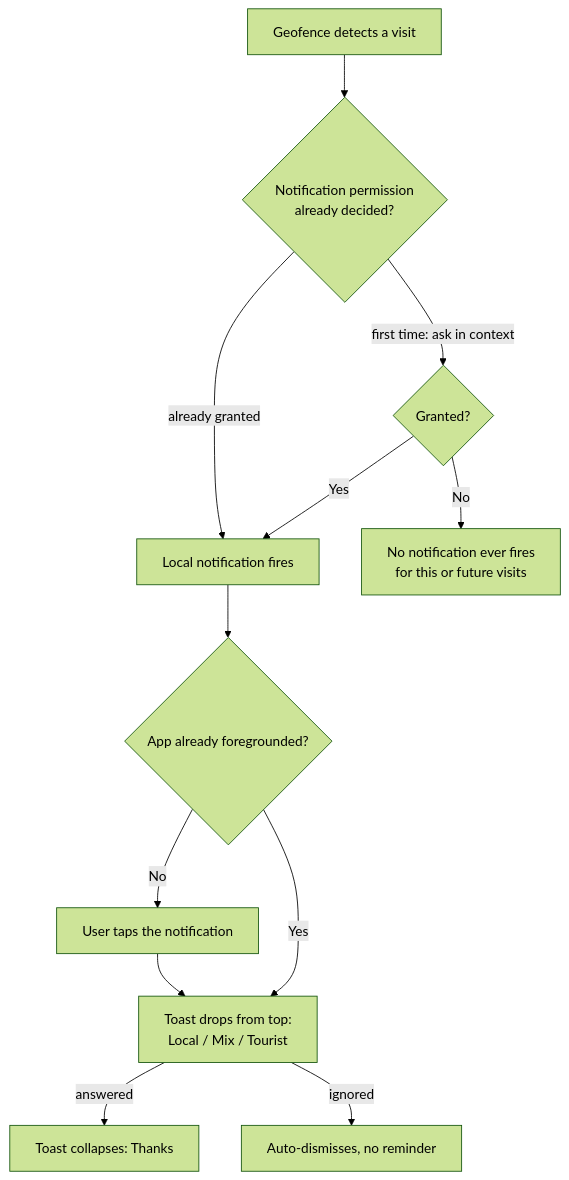
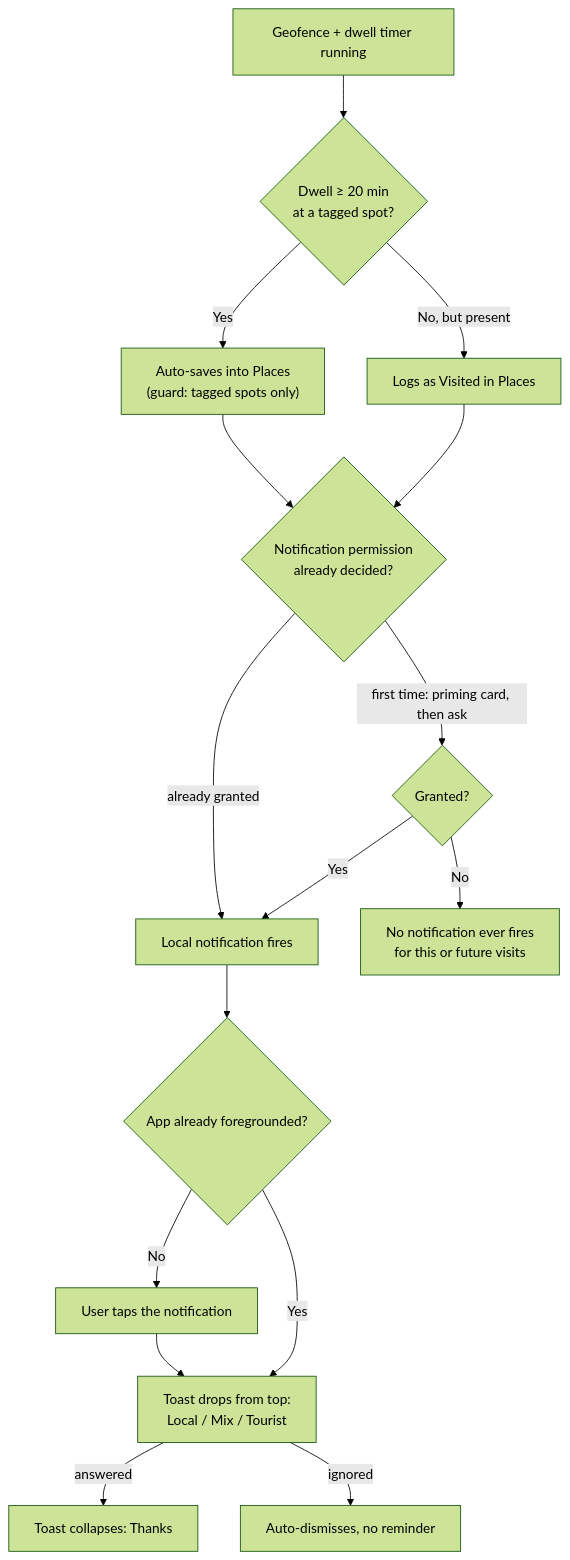
Before and after one commit to AviranGrisaro/passenger-brain: the second of 4 diagrams in design/ux-flows.md, drawn with Mermaid (forest theme). The commit also changed other lines of this file and 3 other files, not shown here.

````diff
--- a/design/ux-flows.md
+++ b/design/ux-flows.md
@@ -247,13 +264,17 @@
 ```mermaid
 flowchart TD
-    V[Geofence detects a visit] --> W{Notification permission<br/>already decided?}
-    W -->|first time: ask in context| X{Granted?}
+    V[Geofence + dwell timer running] --> DW{Dwell ≥ 20 min<br/>at a tagged spot?}
+    DW -->|Yes| AS["Auto-saves into Places<br/>(guard: tagged spots only)"]
+    DW -->|No, but present| VIS[Logs as Visited in Places]
+    AS --> W{Notification permission<br/>already decided?}
+    VIS --> W
+    W -->|first time: priming card, then ask| X{Granted?}
     W -->|already granted| Y[Local notification fires]
     X -->|Yes| Y
     X -->|No| Z[No notification ever fires<br/>for this or future visits]
     Y --> AA{App already foregrounded?}
     AA -->|No| BB[User taps the notification] --> CC[Toast drops from top:<br/>Local / Mix / Tourist]
     AA -->|Yes| CC
     CC -->|answered| DD[Toast collapses: Thanks]
     CC -->|ignored| EE[Auto-dismisses, no reminder]
 ```
````
